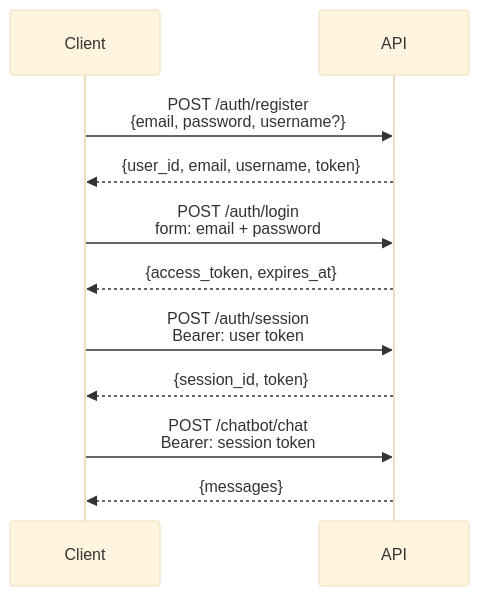
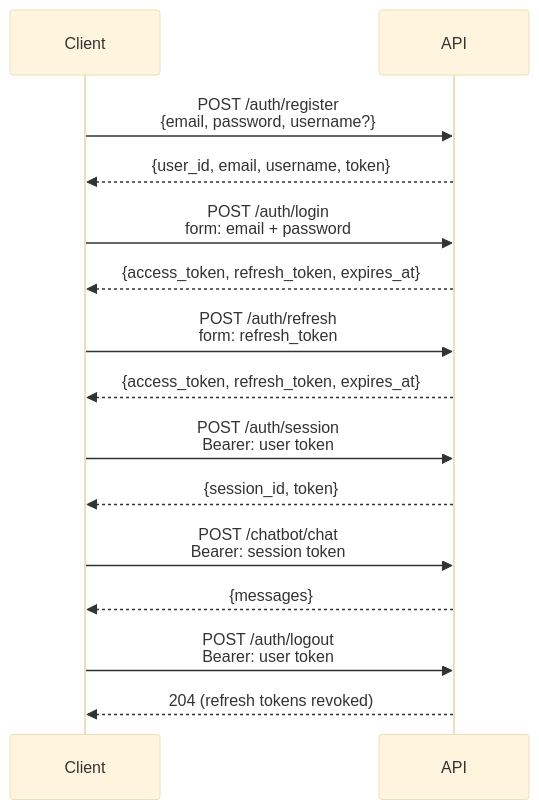
The diagram in docs/authentication.md (Aaiyang/fund_agent), drawn with Mermaid (base theme) before and after one commit. The commit also changed other lines of this file and 68 other files, not shown here.

````diff
--- a/docs/authentication.md
+++ b/docs/authentication.md
@@ -5,17 +5,23 @@
 ```mermaid
 sequenceDiagram
     participant C as Client
     participant A as API
 
     C->>A: POST /auth/register<br/>{email, password, username?}
     A-->>C: {user_id, email, username, token}
 
     C->>A: POST /auth/login<br/>form: email + password
-    A-->>C: {access_token, expires_at}
+    A-->>C: {access_token, refresh_token, expires_at}
+
+    C->>A: POST /auth/refresh<br/>form: refresh_token
+    A-->>C: {access_token, refresh_token, expires_at}
 
     C->>A: POST /auth/session<br/>Bearer: user token
     A-->>C: {session_id, token}
 
     C->>A: POST /chatbot/chat<br/>Bearer: session token
     A-->>C: {messages}
+
+    C->>A: POST /auth/logout<br/>Bearer: user token
+    A-->>C: 204 (refresh tokens revoked)
 ```
````
